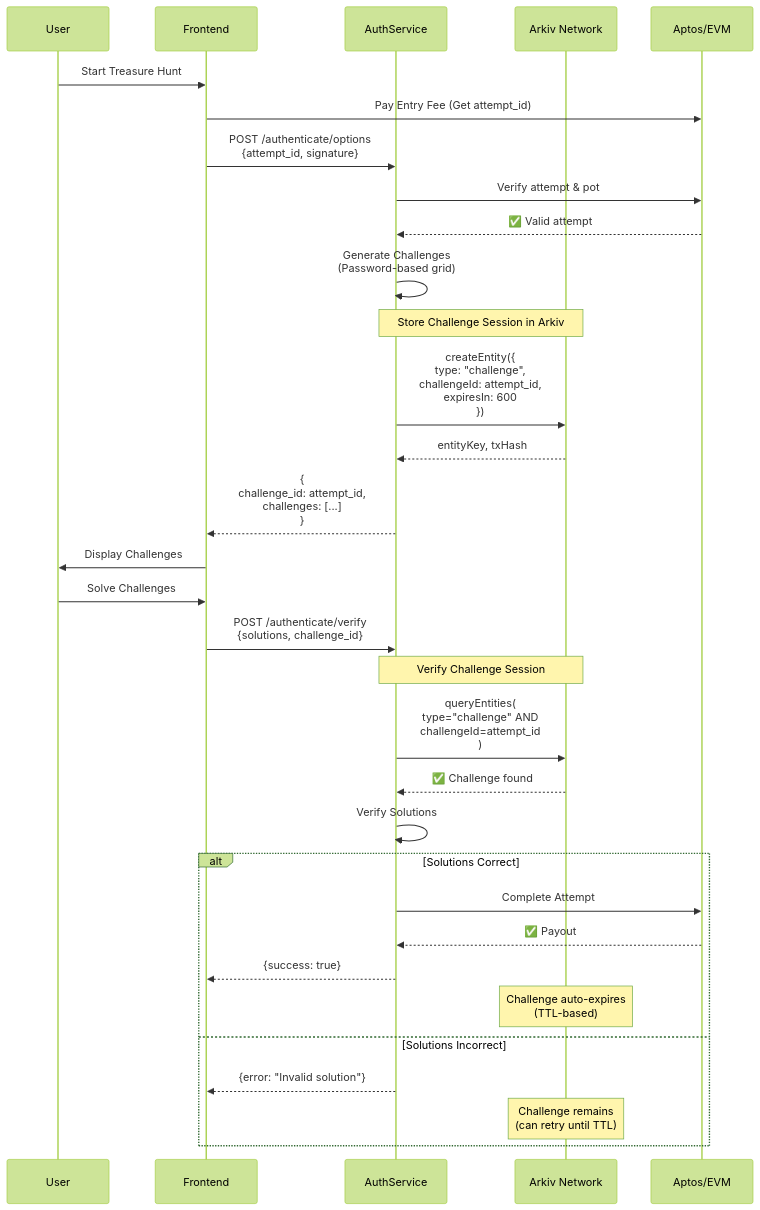
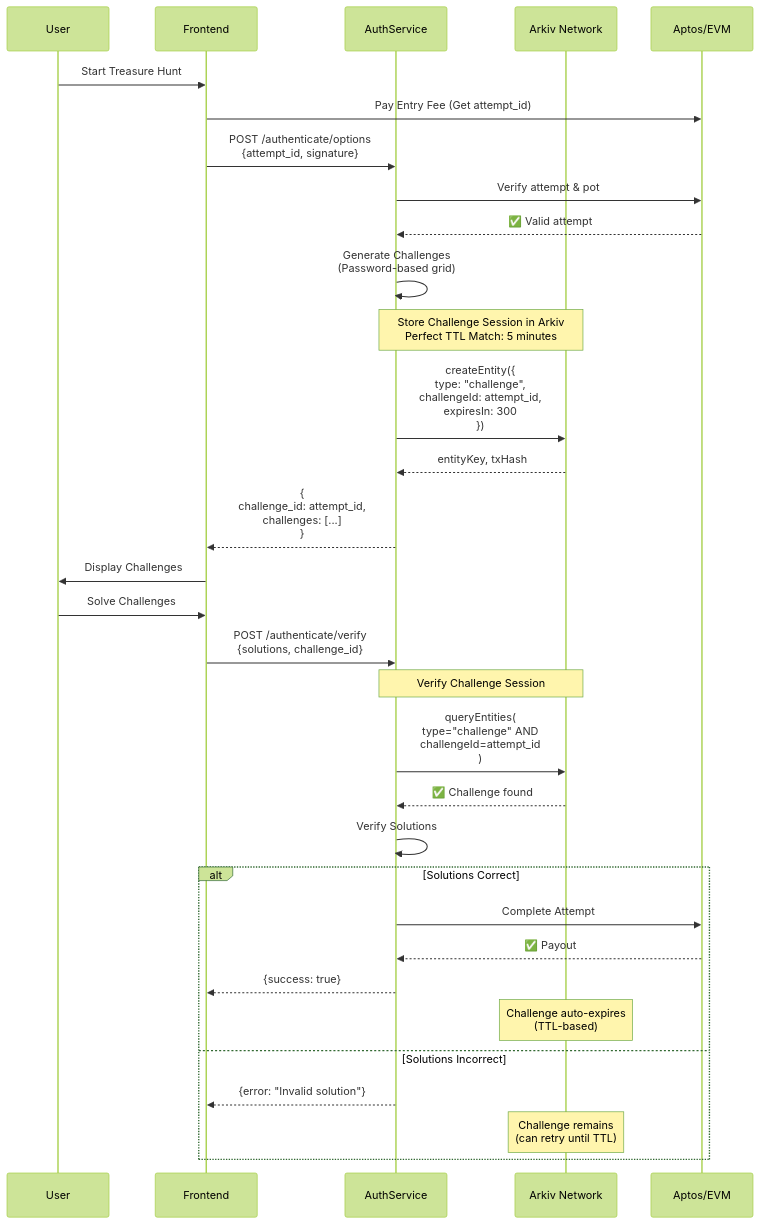
Before and after one commit to ideo-mind/auth.money: the second of 8 diagrams in ARCHITECTURE.md, drawn with Mermaid (forest theme). The commit also changed other lines of this file and 2 other files, not shown here.

Commit message:
docs: update architecture and README for Arkiv Network integration, emphasizing perfect TTL efficiency and benefits of decentralized storage

````diff
--- a/ARCHITECTURE.md
+++ b/ARCHITECTURE.md
@@ -69,45 +81,45 @@
 ```mermaid
 sequenceDiagram
     participant User
     participant Frontend
     participant AuthService
     participant Arkiv as Arkiv Network
     participant Blockchain as Aptos/EVM
 
     User->>Frontend: Start Treasure Hunt
     Frontend->>Blockchain: Pay Entry Fee (Get attempt_id)
 
     Frontend->>AuthService: POST /authenticate/options<br/>{attempt_id, signature}
 
     AuthService->>Blockchain: Verify attempt & pot
     Blockchain-->>AuthService: ✅ Valid attempt
 
     AuthService->>AuthService: Generate Challenges<br/>(Password-based grid)
 
-    Note over AuthService,Arkiv: Store Challenge Session in Arkiv
-    AuthService->>Arkiv: createEntity({<br/>  type: "challenge",<br/>  challengeId: attempt_id,<br/>  expiresIn: 600<br/>})
+    Note over AuthService,Arkiv: Store Challenge Session in Arkiv<br/>Perfect TTL Match: 5 minutes
+    AuthService->>Arkiv: createEntity({<br/>  type: "challenge",<br/>  challengeId: attempt_id,<br/>  expiresIn: 300<br/>})
     Arkiv-->>AuthService: entityKey, txHash
 
     AuthService-->>Frontend: {<br/>  challenge_id: attempt_id,<br/>  challenges: [...]<br/>}
 
     Frontend->>User: Display Challenges
     User->>Frontend: Solve Challenges
 
     Frontend->>AuthService: POST /authenticate/verify<br/>{solutions, challenge_id}
 
     Note over AuthService,Arkiv: Verify Challenge Session
     AuthService->>Arkiv: queryEntities(<br/>  type="challenge" AND<br/>  challengeId=attempt_id<br/>)
     Arkiv-->>AuthService: ✅ Challenge found
 
     AuthService->>AuthService: Verify Solutions
 
     alt Solutions Correct
         AuthService->>Blockchain: Complete Attempt
         Blockchain-->>AuthService: ✅ Payout
         AuthService-->>Frontend: {success: true}
         Note over Arkiv: Challenge auto-expires<br/>(TTL-based)
     else Solutions Incorrect
         AuthService-->>Frontend: {error: "Invalid solution"}
         Note over Arkiv: Challenge remains<br/>(can retry until TTL)
     end
 ```
````
